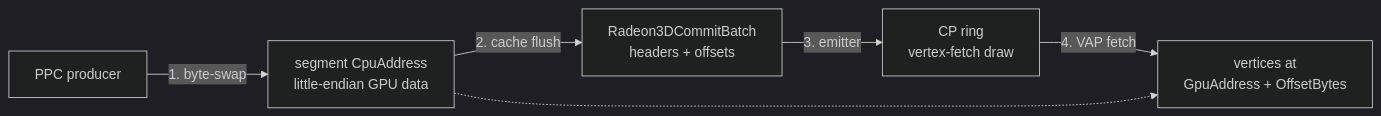
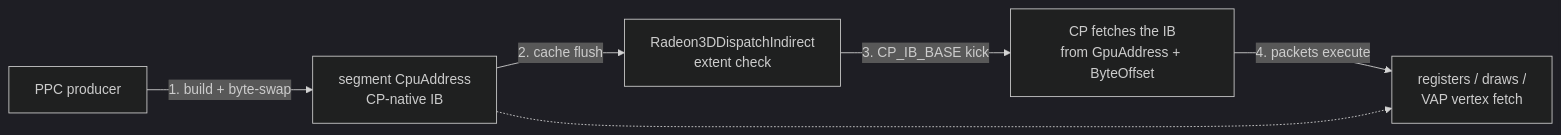
One commit to mirq/r200-p96-driver changed the third of 5 diagrams in docs/01-ppc-client-guide.md. Above: the diagram before and after it, drawn with Mermaid (dark theme). The commit also changed other lines of this file and 40 other files, not shown here.

````diff
--- a/docs/01-ppc-client-guide.md
+++ b/docs/01-ppc-client-guide.md
@@ -278,8 +289,8 @@
 ```mermaid
 flowchart LR
-    A["PPC producer"] -->|"1. byte-swap"| B["segment CpuAddress<br/>little-endian GPU data"]
-    B -->|"2. cache flush"| C["Radeon3DCommitBatch<br/>headers + offsets"]
-    C -->|"3. emitter"| D["CP ring<br/>vertex-fetch draw"]
-    D -->|"4. VAP fetch"| E["vertices at<br/>GpuAddress + OffsetBytes"]
+    A["PPC producer"] -->|"1. build + byte-swap"| B["segment CpuAddress<br/>CP-native IB"]
+    B -->|"2. cache flush"| C["Radeon3DDispatchIndirect<br/>extent check"]
+    C -->|"3. CP_IB_BASE kick"| D["CP fetches the IB<br/>from GpuAddress + ByteOffset"]
+    D -->|"4. packets execute"| E["registers / draws /<br/>VAP vertex fetch"]
     B -.-> E
 ```
````
